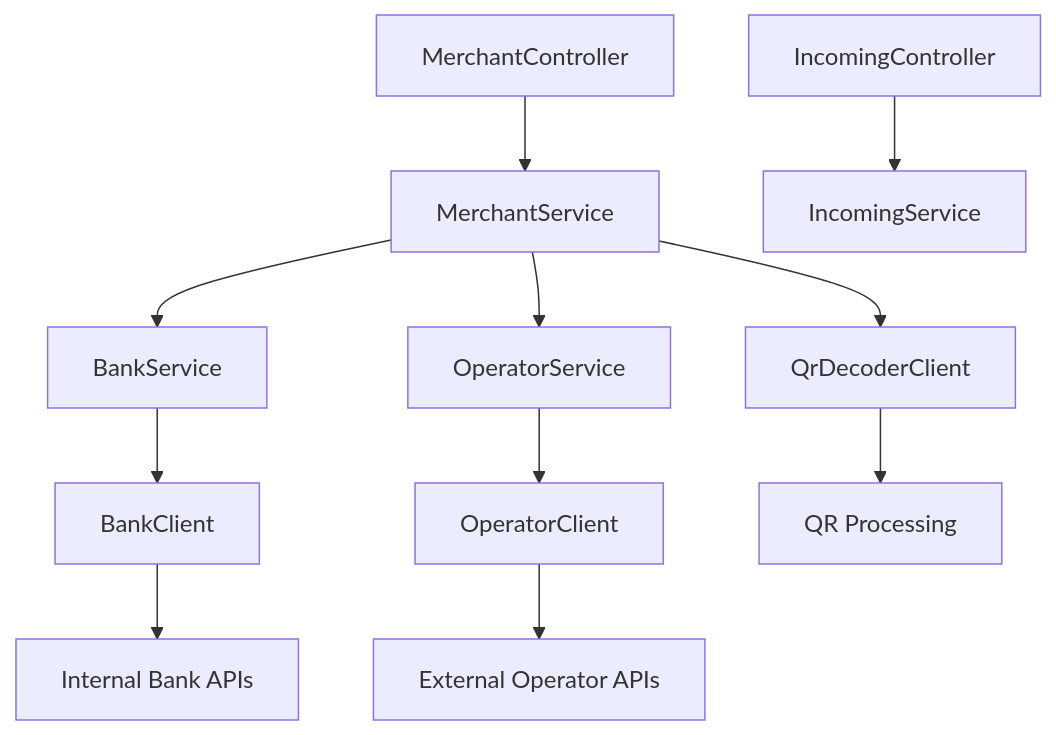
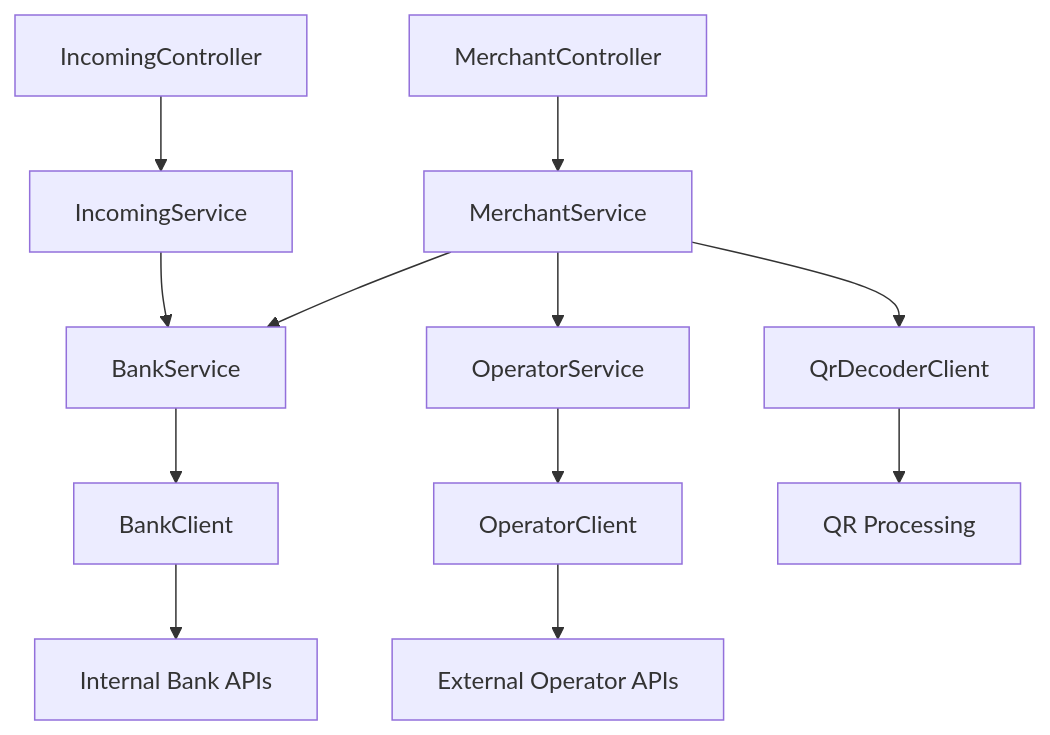
One commit to kanimetov/sample-psp changed the diagram in docs/internal/design/service-architecture.md. Above: the diagram before and after it, drawn with Mermaid. The commit also changed other lines of this file, not shown here.

First line of the commit message:
docs: update service architecture documentation

````diff
--- a/docs/internal/design/service-architecture.md
+++ b/docs/internal/design/service-architecture.md
@@ -30,16 +30,18 @@
 ```mermaid
 graph TD
     A[MerchantController] --> B[MerchantService]
     C[IncomingController] --> D[IncomingService]
     
     B --> E[QrDecoderClient]
     B --> F[BankService]
     B --> G[OperatorService]
     
+    D --> F[BankService]
+    
     F --> H[BankClient]
     G --> I[OperatorClient]
     
     E --> J[QR Processing]
     H --> K[Internal Bank APIs]
     I --> L[External Operator APIs]
 ```
````
